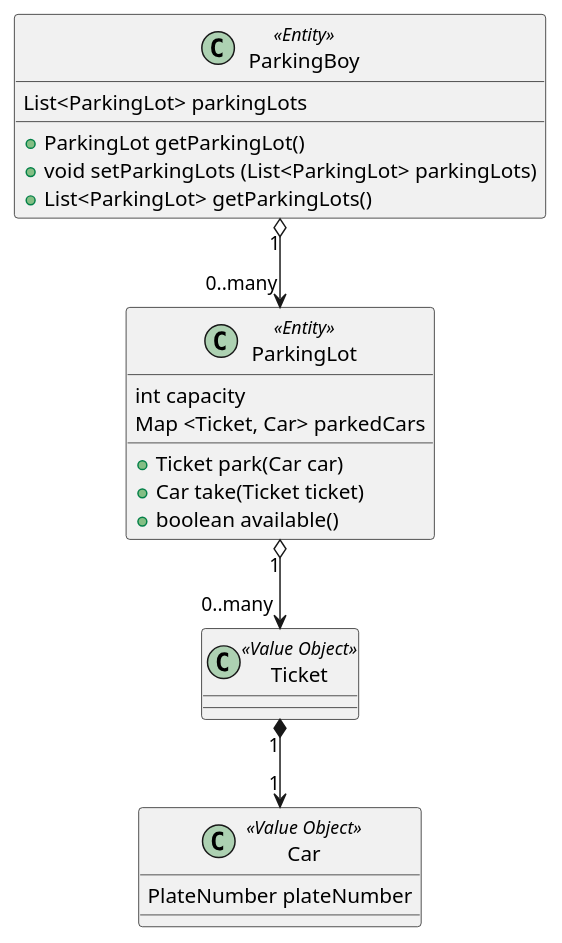
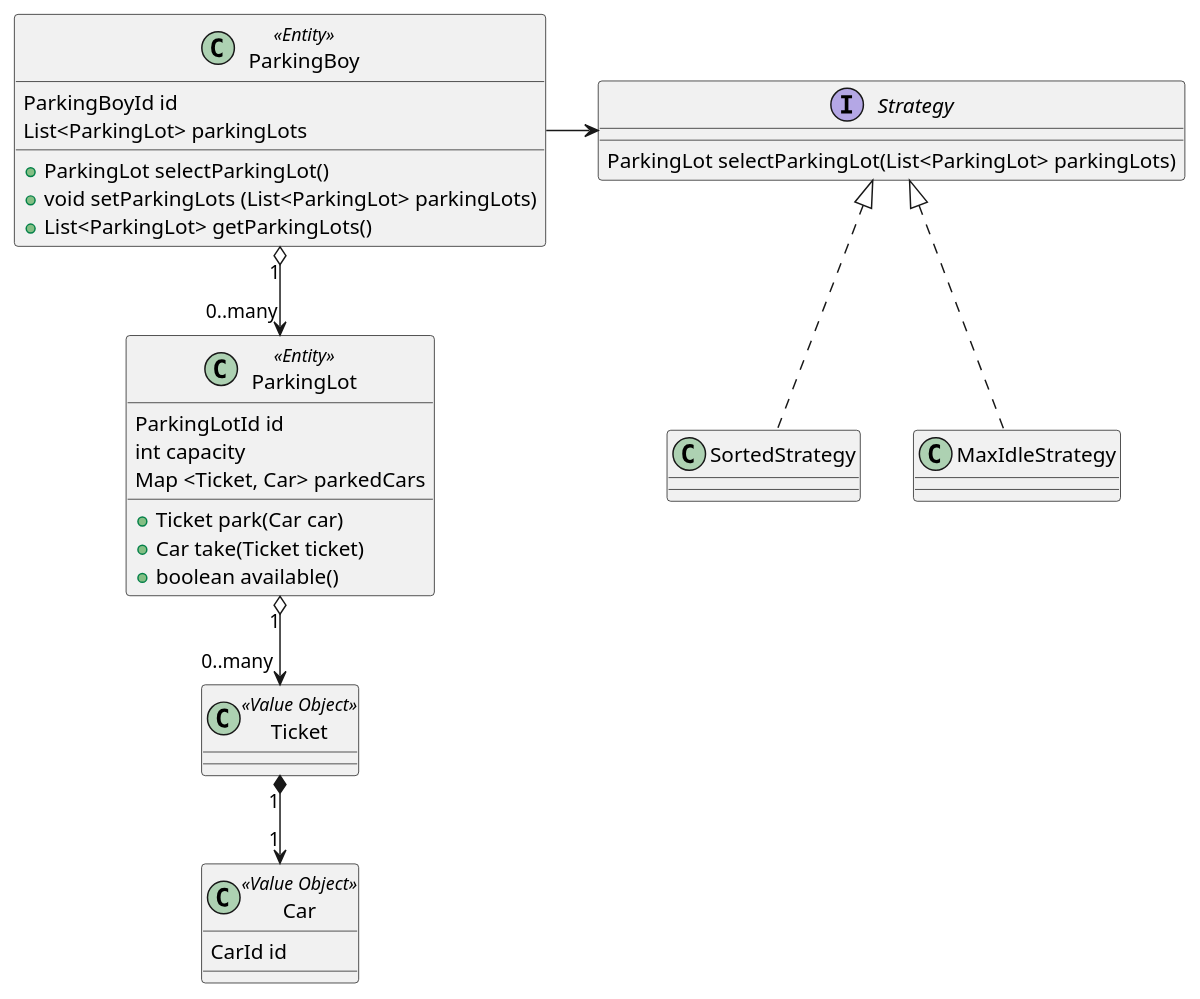
The diagram in src/main/resources/plantuml/ParkingLotsManagement.puml (dlstonedl/ddd-practice), drawn with PlantUML before and after one commit.

Commit message:
add strategy

```diff
--- a/src/main/resources/plantuml/ParkingLotsManagement.puml
+++ b/src/main/resources/plantuml/ParkingLotsManagement.puml
@@ -1,31 +1,42 @@
 @startuml
 
 class ParkingBoy << Entity >> {
+  ParkingBoyId id
   List<ParkingLot> parkingLots
 
-  + ParkingLot getParkingLot()
+  + ParkingLot selectParkingLot()
   + void setParkingLots (List<ParkingLot> parkingLots)
   + List<ParkingLot> getParkingLots()
 }
 
+interface Strategy {
+  ParkingLot selectParkingLot(List<ParkingLot> parkingLots)
+}
+class SortedStrategy
+class MaxIdleStrategy
+Strategy <|.. SortedStrategy
+Strategy <|.. MaxIdleStrategy
+ParkingBoy -> Strategy
+
 class ParkingLot << Entity >> {
+  ParkingLotId id
   int capacity
   Map <Ticket, Car> parkedCars
 
   + Ticket park(Car car)
   + Car take(Ticket ticket)
   + boolean available()
 }
 
 Class Car << Value Object >> {
-    PlateNumber plateNumber
+    CarId id
 }
 
 Class Ticket << Value Object >> {
 }
 
 Ticket "1" *--> "1" Car
 ParkingLot "1" o--> "0..many" Ticket
 ParkingBoy "1" o--> "0..many" ParkingLot
 
 @enduml
```
